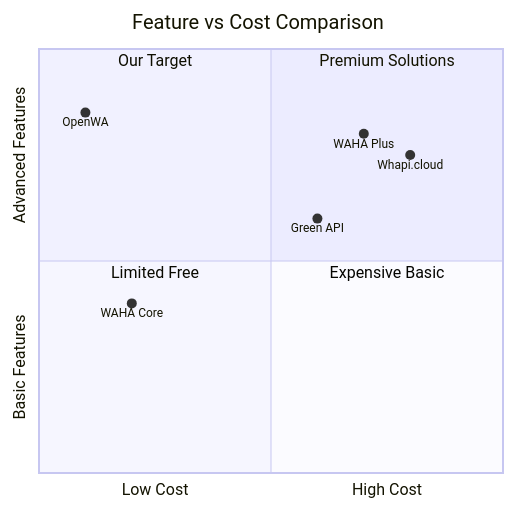
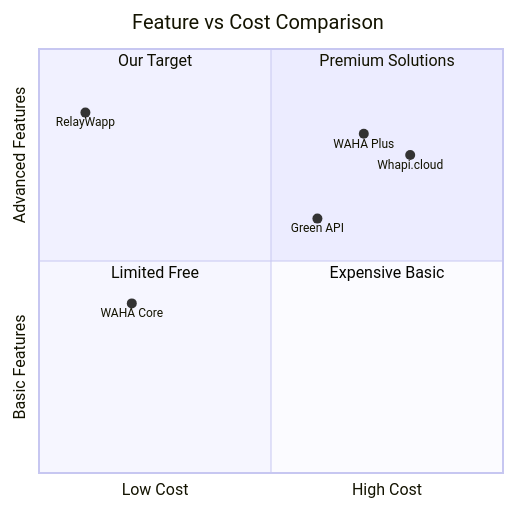
The fourth of 5 diagrams in docs/01-project-overview.md (FaisalKabirGalib/whitelabel-whatsapp-gateway), drawn with Mermaid before and after one commit. The commit also changed other lines of this file and 51 other files, not shown here.

Commit message:
docs: rebrand documentation for RelayWapp

````diff
--- a/docs/01-project-overview.md
+++ b/docs/01-project-overview.md
@@ -188,16 +188,16 @@
 ```mermaid
 quadrantChart
     title Feature vs Cost Comparison
     x-axis Low Cost --> High Cost
     y-axis Basic Features --> Advanced Features
     quadrant-1 Premium Solutions
     quadrant-2 Our Target
     quadrant-3 Limited Free
     quadrant-4 Expensive Basic
 
     WAHA Plus: [0.7, 0.8]
     WAHA Core: [0.2, 0.4]
     Whapi.cloud: [0.8, 0.75]
     Green API: [0.6, 0.6]
-    OpenWA: [0.1, 0.85]
+    RelayWapp: [0.1, 0.85]
 ```
````
